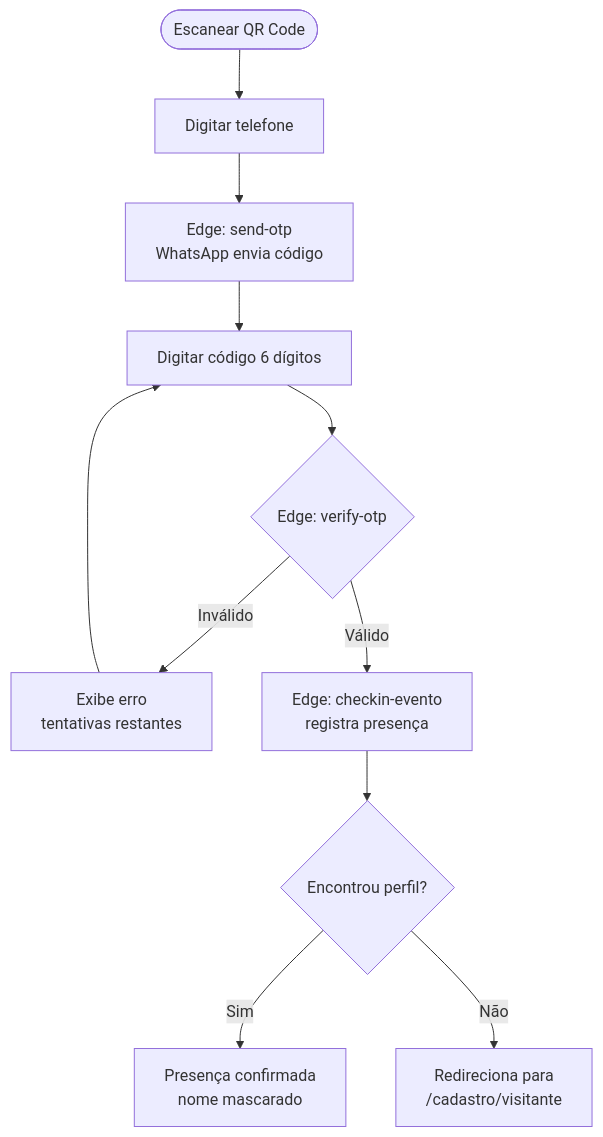
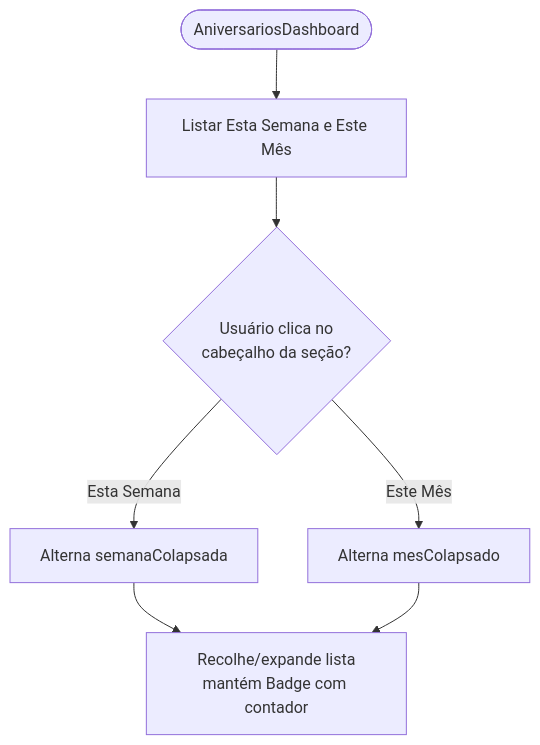
The diagram in docs/diagramas/exports/fluxo-pessoas_2.mmd (adrianoapc/igreja-carvalho), drawn with Mermaid before and after one commit. The commit also changed 25 other files, not shown here.

Commit message:
chore(diagrams): export mermaid PNGs

```diff
--- a/docs/diagramas/exports/fluxo-pessoas_2.mmd
+++ b/docs/diagramas/exports/fluxo-pessoas_2.mmd
@@ -1,11 +1,7 @@
 flowchart TD
-    QR([Escanear QR Code]) --> T[Digitar telefone]
-    T --> OTP[Edge: send-otp<br/>WhatsApp envia código]
-    OTP --> C[Digitar código 6 dígitos]
-    C --> V{Edge: verify-otp}
-    V -->|Inválido| E[Exibe erro<br/>tentativas restantes]
-    E --> C
-    V -->|Válido| CI[Edge: checkin-evento<br/>registra presença]
-    CI --> S{Encontrou perfil?}
-    S -->|Sim| OK[Presença confirmada<br/>nome mascarado]
-    S -->|Não| NF[Redireciona para<br/>/cadastro/visitante]
+    A([AniversariosDashboard]) --> B[Listar Esta Semana e Este Mês]
+    B --> C{Usuário clica no<br/>cabeçalho da seção?}
+    C -->|Esta Semana| D[Alterna semanaColapsada]
+    C -->|Este Mês| E[Alterna mesColapsado]
+    D --> F[Recolhe/expande lista<br/>mantém Badge com contador]
+    E --> F
```
